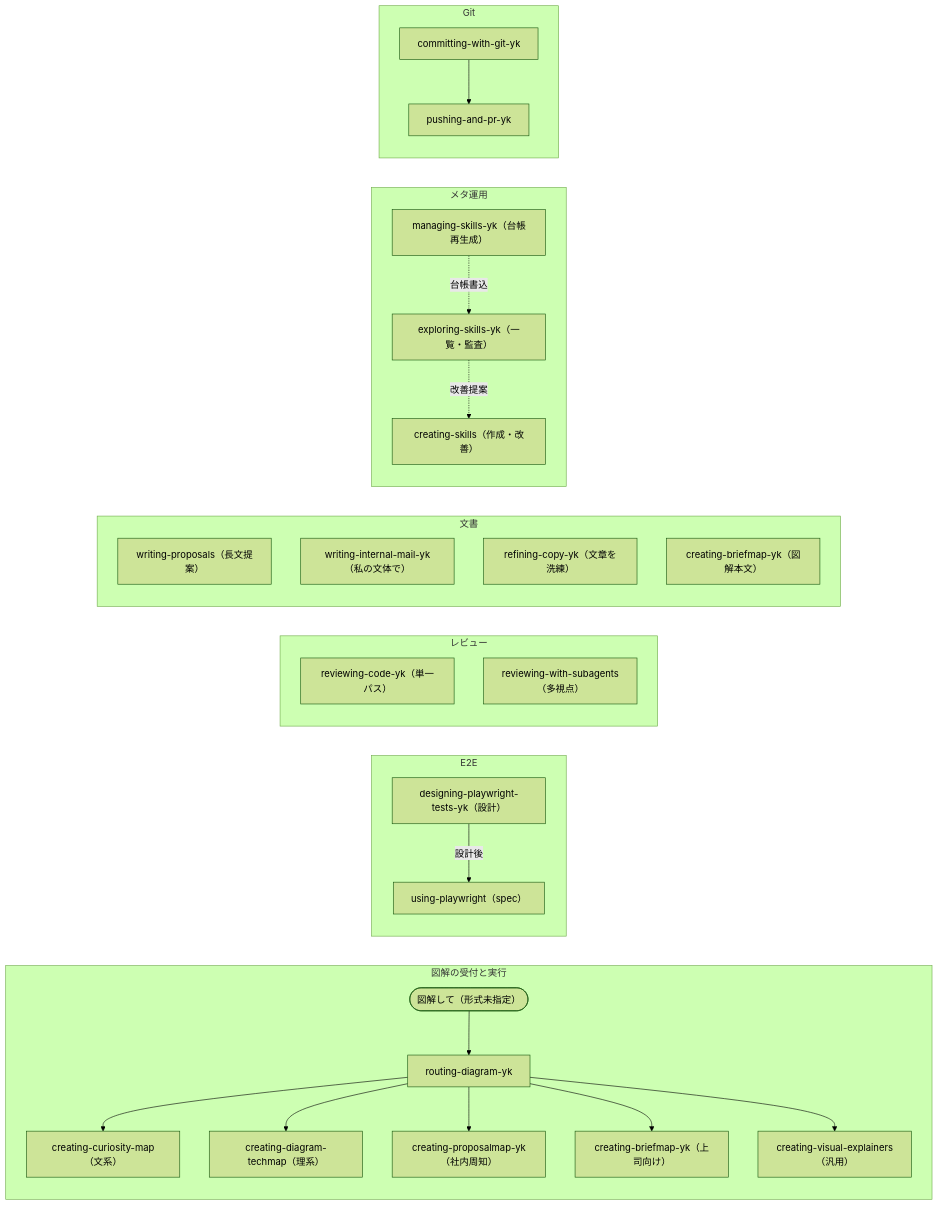
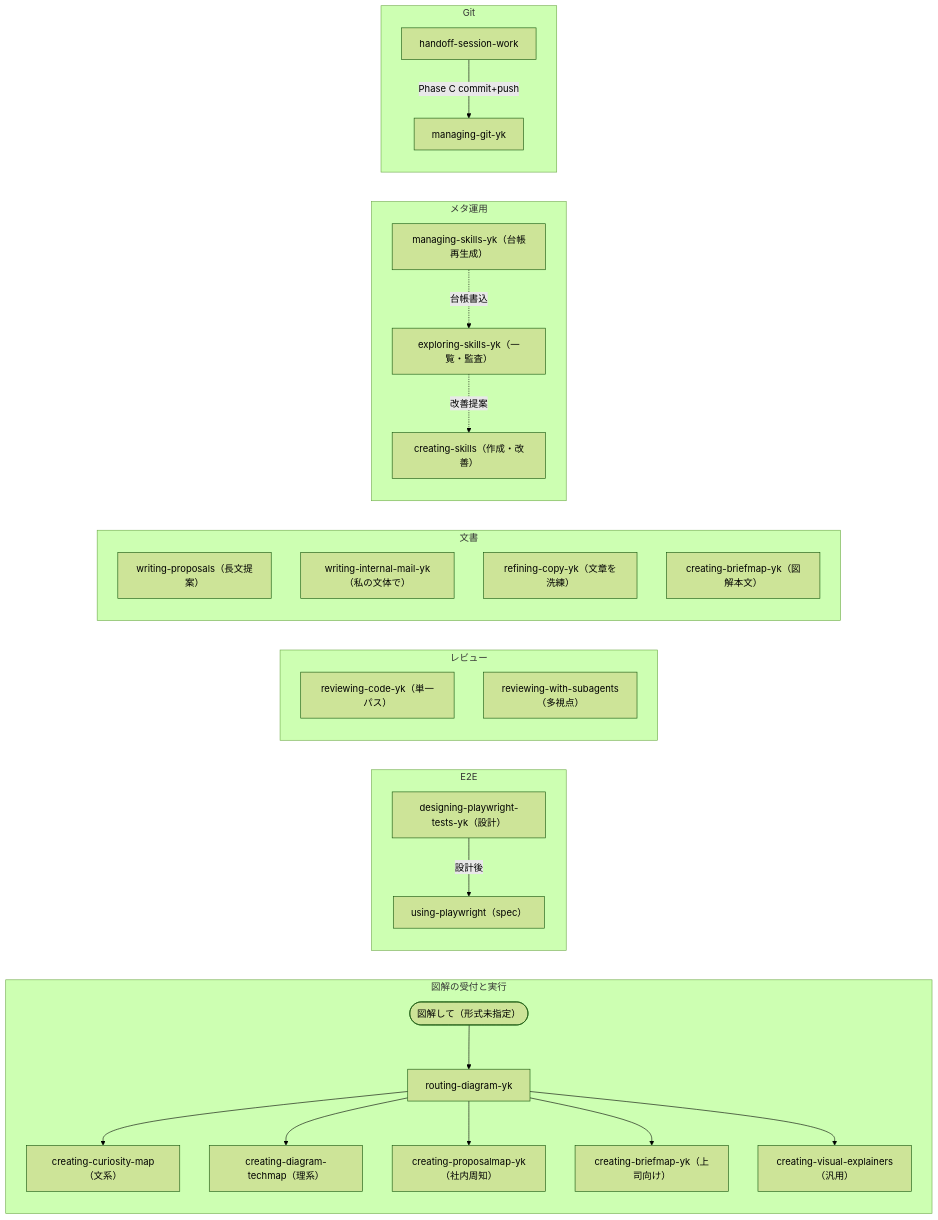
The diagram in metadata/diagrams/skills-routing-pairs.mmd (yk3720/yk-skill), drawn with Mermaid (forest theme) before and after one commit. The commit also changed 26 other files, not shown here.

First line of the commit message:
feat(skills): commit/push を managing-git-yk に統合する

```diff
--- a/metadata/diagrams/skills-routing-pairs.mmd
+++ b/metadata/diagrams/skills-routing-pairs.mmd
@@ -1,56 +1,56 @@
 %% YK スキル — 受付・委譲とペア関係
 %% SSOT: ../SKILL_CATALOG.md ペア表
 flowchart LR
   subgraph routeDiagram["図解の受付と実行"]
     direction TB
     ask(["図解して（形式未指定）"])
     route["routing-diagram-yk"]
     curiosity["creating-curiosity-map（文系）"]
     techmap["creating-diagram-techmap（理系）"]
     proposal["creating-proposalmap-yk（社内周知）"]
     brief["creating-briefmap-yk（上司向け）"]
     visual["creating-visual-explainers（汎用）"]
     ask --> route
     route --> curiosity
     route --> techmap
     route --> proposal
     route --> brief
     route --> visual
   end
 
   subgraph pairTest["E2E"]
     direction TB
     pwDesign["designing-playwright-tests-yk（設計）"]
     pwUse["using-playwright（spec）"]
     pwDesign -->|"設計後"| pwUse
   end
 
   subgraph pairReview["レビュー"]
     direction TB
     review1["reviewing-code-yk（単一パス）"]
     reviewN["reviewing-with-subagents（多視点）"]
   end
 
   subgraph pairWriting["文書"]
     direction TB
     proposals["writing-proposals（長文提案）"]
     mail["writing-internal-mail-yk（私の文体で）"]
     refine["refining-copy-yk（文章を洗練）"]
     briefmap["creating-briefmap-yk（図解本文）"]
   end
 
   subgraph pairMeta["メタ運用"]
     direction TB
     explore["exploring-skills-yk（一覧・監査）"]
     manage["managing-skills-yk（台帳再生成）"]
     createSkill["creating-skills（作成・改善）"]
     explore -.->|"改善提案"| createSkill
     manage -.->|"台帳書込"| explore
   end
 
   subgraph pairGit["Git"]
     direction TB
-    commit["committing-with-git-yk"]
-    push["pushing-and-pr-yk"]
-    commit --> push
+    git["managing-git-yk"]
+    handoff["handoff-session-work"]
+    handoff -->|"Phase C commit+push"| git
   end
```
